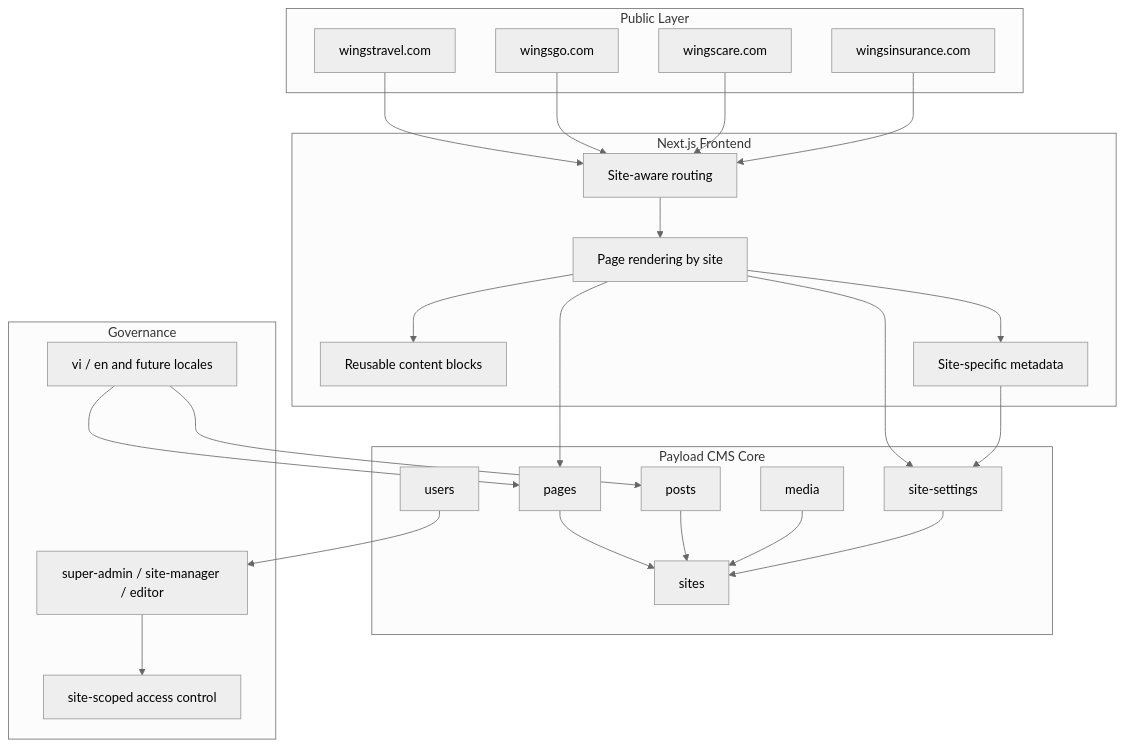
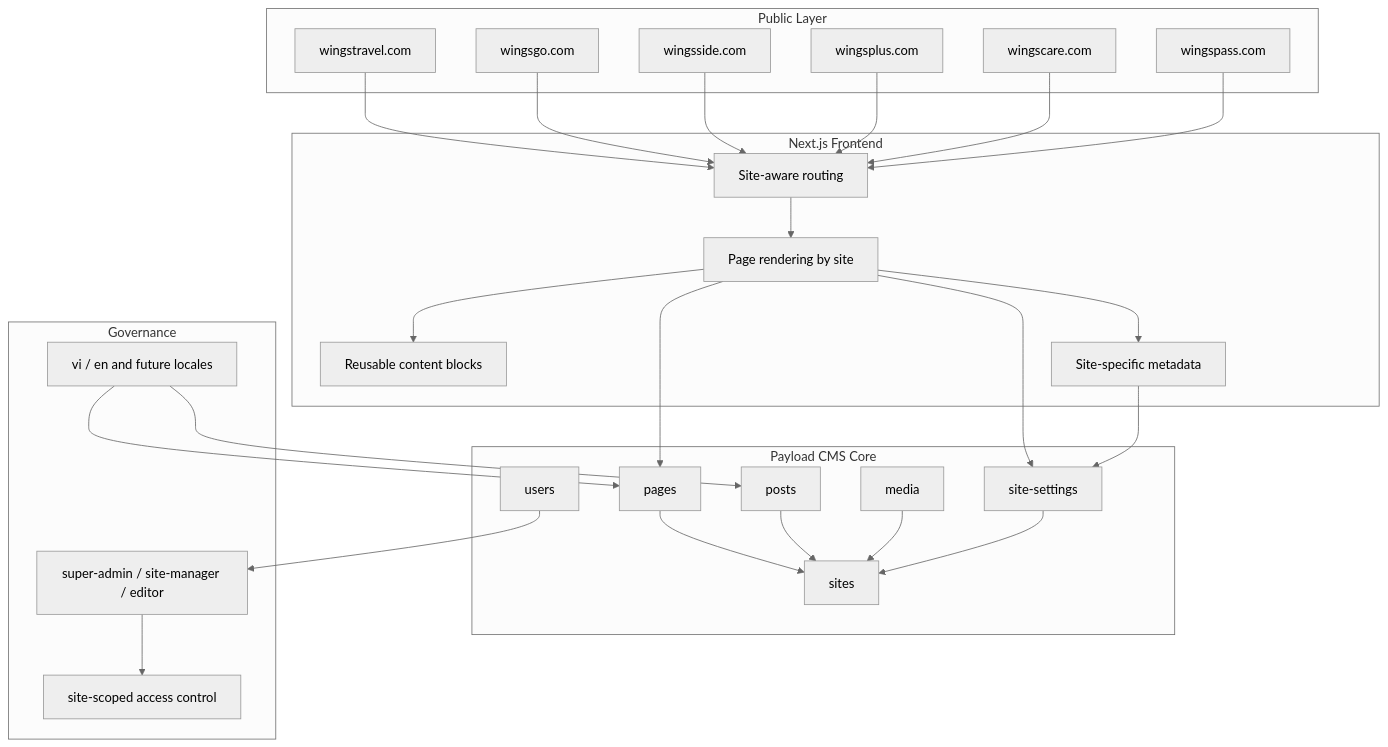
One commit to tankisstank/WingsGroup changed the diagram in source/strategy/19 Kiến trúc đề xuất nội bộ WingsTravel Payload.md. Above: the diagram before and after it, drawn with Mermaid (neutral theme). The commit also changed other lines of this file and 149 other files, not shown here.

````diff
--- a/source/strategy/19 Kiến trúc đề xuất nội bộ WingsTravel Payload.md
+++ b/source/strategy/19 Kiến trúc đề xuất nội bộ WingsTravel Payload.md
@@ -117,53 +119,57 @@
 ```mermaid
 flowchart TB
     subgraph Public["Public Layer"]
         DomainA["wingstravel.com"]
         DomainB["wingsgo.com"]
-        DomainC["wingscare.com"]
-        DomainD["wingsinsurance.com"]
+        DomainC["wingsside.com"]
+        DomainD["wingsplus.com"]
+        DomainE["wingscare.com"]
+        DomainF["wingspass.com"]
     end
 
     subgraph Frontend["Next.js Frontend"]
         Routing["Site-aware routing"]
         Render["Page rendering by site"]
         Blocks["Reusable content blocks"]
         SEO["Site-specific metadata"]
     end
 
     subgraph CMS["Payload CMS Core"]
         Sites["sites"]
         Settings["site-settings"]
         Pages["pages"]
         Posts["posts"]
         Media["media"]
         Users["users"]
     end
 
     subgraph Governance["Governance"]
         Roles["super-admin / site-manager / editor"]
         Locale["vi / en and future locales"]
         Access["site-scoped access control"]
     end
 
     DomainA --> Routing
     DomainB --> Routing
     DomainC --> Routing
     DomainD --> Routing
+    DomainE --> Routing
+    DomainF --> Routing
 
     Routing --> Render
     Render --> Blocks
     Render --> SEO
 
     Render --> Pages
     Render --> Settings
     SEO --> Settings
 
     Pages --> Sites
     Posts --> Sites
     Media --> Sites
     Settings --> Sites
     Users --> Roles
     Roles --> Access
     Locale --> Pages
     Locale --> Posts
 ```
````
